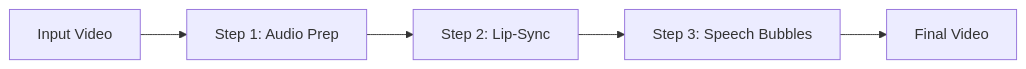
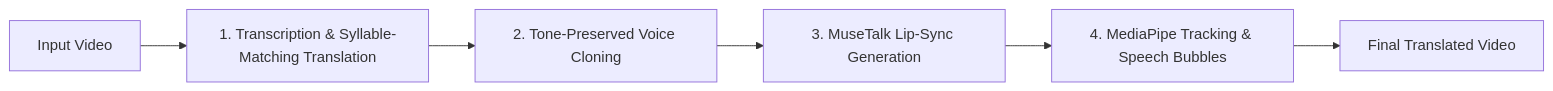
One commit to krishaygarg/video-translation changed the first of 2 diagrams in README.md. Above: the diagram before and after it, drawn with Mermaid. The commit also changed other lines of this file, not shown here.

Commit message:
docs: Frame baseline diagram as logical process flow

````diff
--- a/README.md
+++ b/README.md
@@ -37,7 +37,8 @@
 ```mermaid
 graph LR
-    Input[Input Video] --> S1[Step 1: Audio Prep]
-    S1 --> S2[Step 2: Lip-Sync]
-    S2 --> S3[Step 3: Speech Bubbles]
-    S3 --> Output[Final Video]
+    Input[Input Video] --> S1[1. Transcription & Syllable-Matching Translation]
+    S1 --> S2[2. Tone-Preserved Voice Cloning]
+    S2 --> S3[3. MuseTalk Lip-Sync Generation]
+    S3 --> S4[4. MediaPipe Tracking & Speech Bubbles]
+    S4 --> Output[Final Translated Video]
 ```
````
